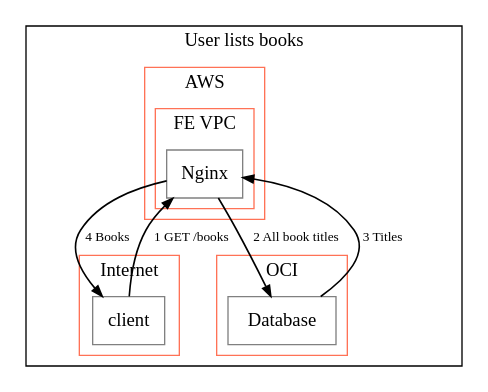
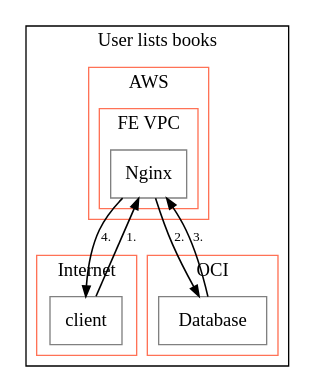
The diagram in examples/output/User lists books.dot (hyakuhei/ltm), drawn with Graphviz before and after one commit. The commit also changed 7 other files, not shown here.

```diff
--- a/examples/output/User lists books.dot
+++ b/examples/output/User lists books.dot
@@ -1,30 +1,30 @@
 digraph G {
 compound=true;
     subgraph cluster1 {
     label="User lists books";
     color="Black";
         subgraph cluster2 {
         label="AWS";
         color="Coral1";
             subgraph cluster3 {
             label="FE VPC";
             color="Coral1";
                 node4 [label="Nginx" shape="box", margin="0.1", color="Grey"];
             }
         }
         subgraph cluster5 {
         label="Internet";
         color="Coral1";
             node6 [label="client" shape="box", margin="0.1", color="Grey"];
         }
         subgraph cluster7 {
         label="OCI";
         color="Coral1";
             node8 [label="Database" shape="box", margin="0.1", color="Grey"];
         }
     }
-node6->node4 [label="1 GET /books" fontsize="10",penwidth="1.2",arrowsize="0.8"];
-node4->node8 [label="2 All book titles" fontsize="10",penwidth="1.2",arrowsize="0.8"];
-node8->node4 [label="3 Titles" fontsize="10",penwidth="1.2",arrowsize="0.8"];
-node4->node6 [label="4 Books" fontsize="10",penwidth="1.2",arrowsize="0.8"];
+node6->node4 [label="1." fontsize="10",penwidth="1.2",arrowsize="0.8"];
+node4->node8 [label="2." fontsize="10",penwidth="1.2",arrowsize="0.8"];
+node8->node4 [label="3." fontsize="10",penwidth="1.2",arrowsize="0.8"];
+node4->node6 [label="4." fontsize="10",penwidth="1.2",arrowsize="0.8"];
 }
```
